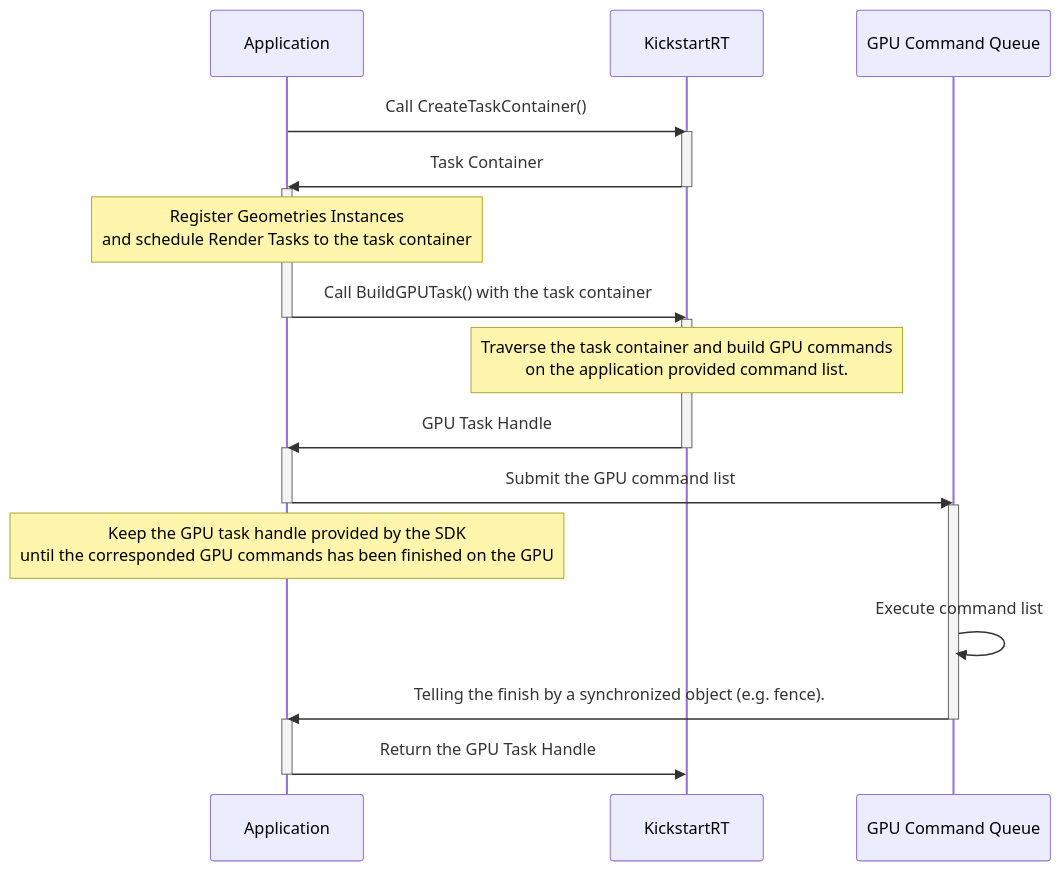
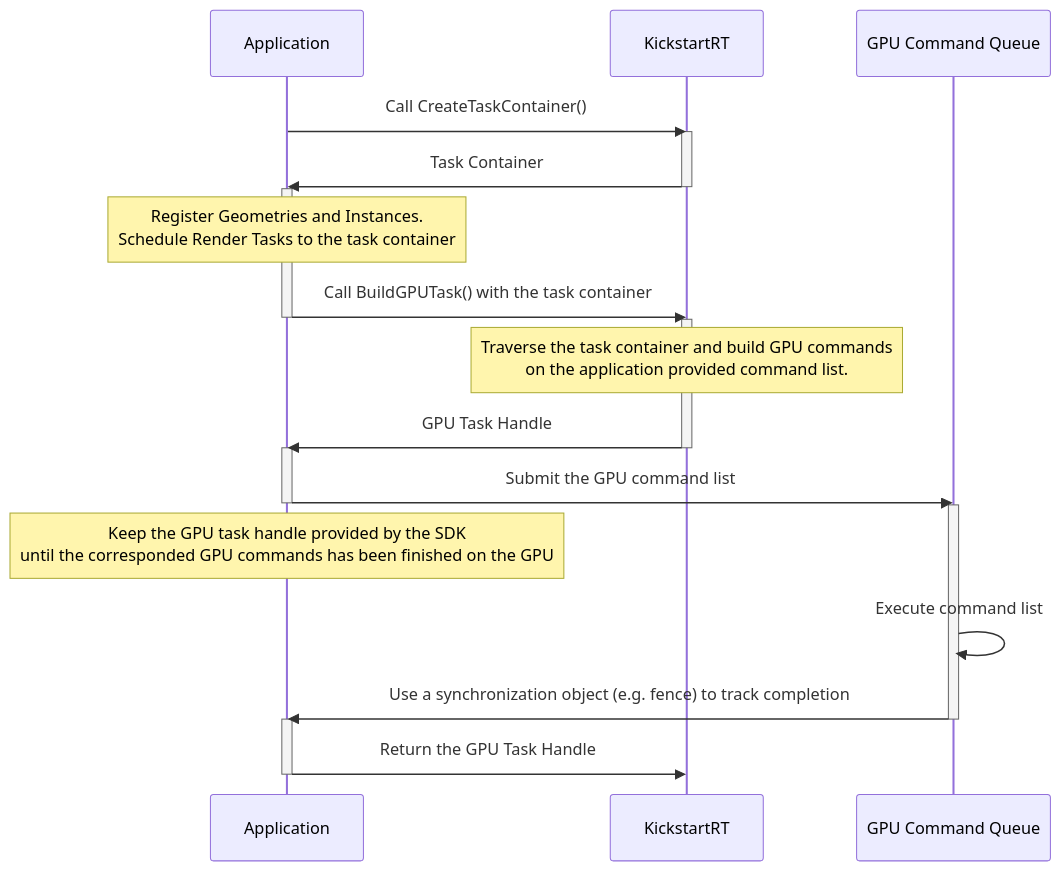
Before and after one commit to NVIDIAGameWorks/KickstartRT: the first of 14 diagrams in docs/SDK_Reference.md, drawn with Mermaid. The commit also changed other lines of this file, not shown here.

````diff
--- a/docs/SDK_Reference.md
+++ b/docs/SDK_Reference.md
@@ -17,26 +17,26 @@
 ```mermaid
 sequenceDiagram
     Application->>KickstartRT: Call CreateTaskContainer()
     activate KickstartRT
     KickstartRT->>Application: Task Container
     deactivate KickstartRT
     activate Application
-    Note over Application: Register Geometries Instances<br>and schedule Render Tasks to the task container
+    Note over Application: Register Geometries and Instances.<br>Schedule Render Tasks to the task container
     Application->>KickstartRT: Call BuildGPUTask() with the task container
     deactivate Application
     activate KickstartRT
     Note over KickstartRT: Traverse the task container and build GPU commands<br>on the application provided command list.
     KickstartRT->>Application: GPU Task Handle
     deactivate KickstartRT
     activate Application
     Application->>GPU Command Queue : Submit the GPU command list
     deactivate Application
     activate GPU Command Queue
     Note over Application: Keep the GPU task handle provided by the SDK<br>until the corresponded GPU commands has been finished on the GPU
     GPU Command Queue->>GPU Command Queue : Execute command list
-    GPU Command Queue->>Application: Telling the finish by a synchronized object (e.g. fence).
+    GPU Command Queue->>Application: Use a synchronization object (e.g. fence) to track completion
     deactivate GPU Command Queue
     activate Application
     Application->>KickstartRT: Return the GPU Task Handle
     deactivate Application
 ```
````
